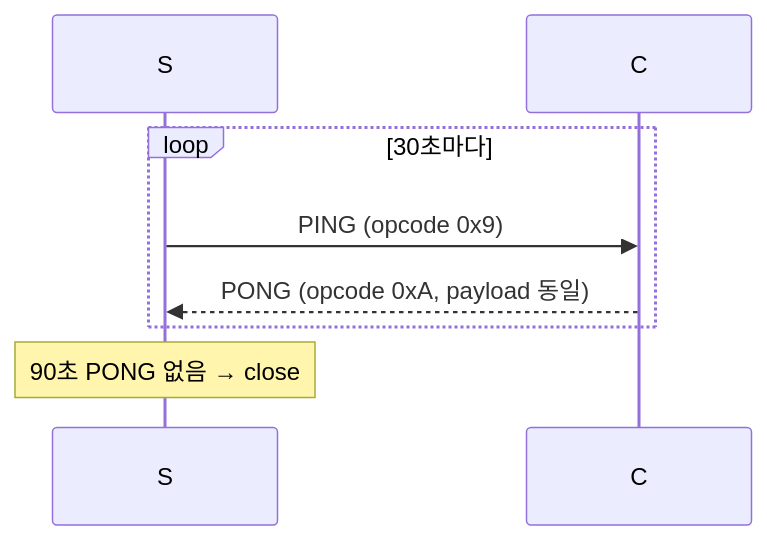
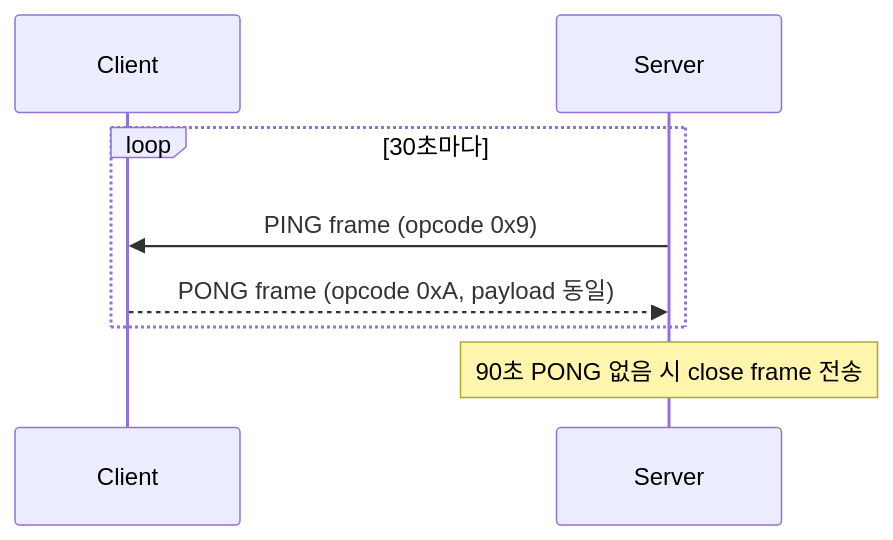
One commit to shinkeonkim/shinkeonkim.github.io changed the second of 5 diagrams in src/content/wiki/network/websocket.mdx. Above: the diagram before and after it, drawn with Mermaid. The commit also changed other lines of this file and 526 other files, not shown here.

First line of the commit message:
content(wiki): 전수조사 및 대규모 보강 (짧은 파일 0, mermaid +645)

````diff
--- a/src/content/wiki/network/websocket.mdx
+++ b/src/content/wiki/network/websocket.mdx
@@ -74,8 +96,11 @@
 ```mermaid
 sequenceDiagram
+    participant C as Client
+    participant S as Server
+
     loop 30초마다
-        S->>C: PING (opcode 0x9)
-        C-->>S: PONG (opcode 0xA, payload 동일)
+        S->>C: PING frame (opcode 0x9)
+        C-->>S: PONG frame (opcode 0xA, payload 동일)
     end
-    Note over S: 90초 PONG 없음 → close
+    Note over S: 90초 PONG 없음 시 close frame 전송
 ```
````
